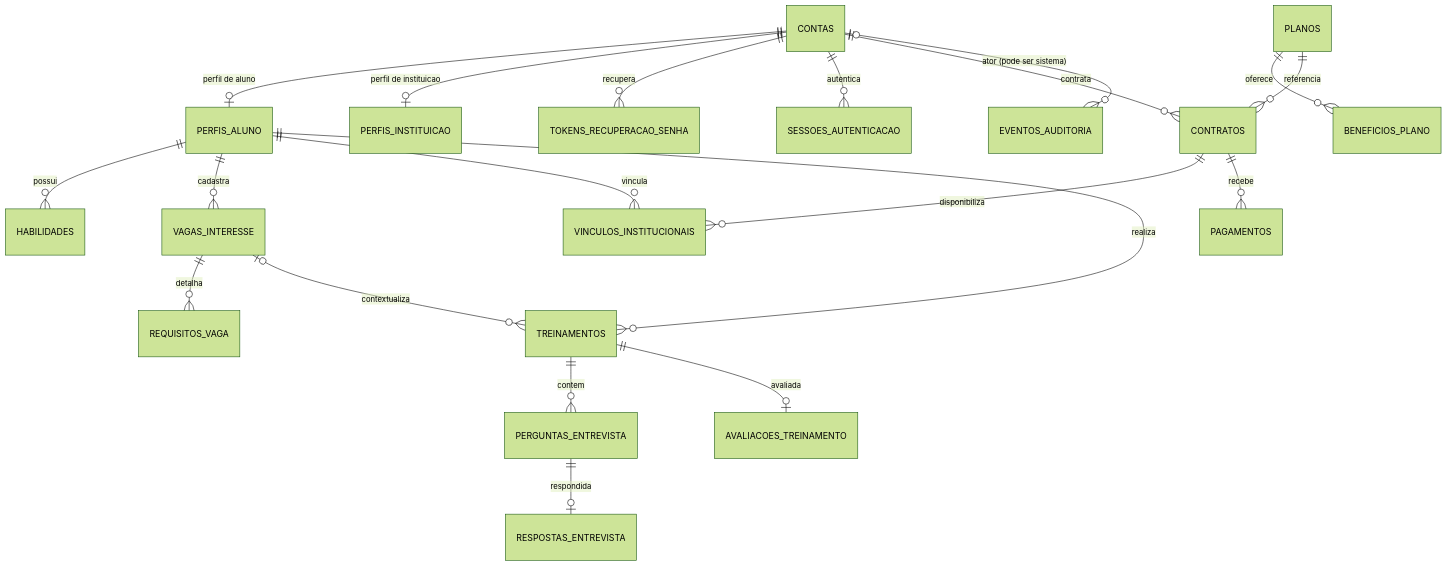
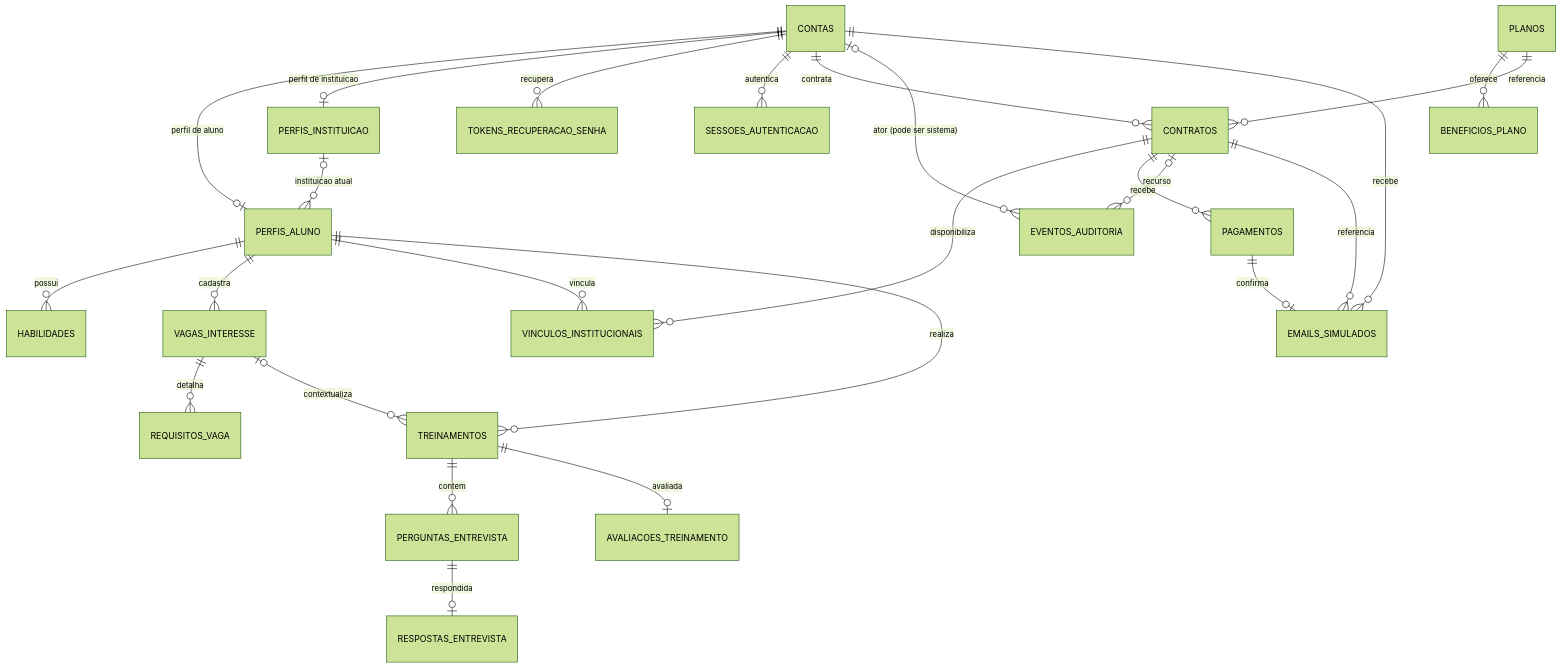
The diagram in etc/plano/BD/Modelo_Relacional_IVIS.md (JoaoLRS/IVIS), drawn with Mermaid (forest theme) before and after one commit. The commit also changed other lines of this file and 77 other files, not shown here.

````diff
--- a/etc/plano/BD/Modelo_Relacional_IVIS.md
+++ b/etc/plano/BD/Modelo_Relacional_IVIS.md
@@ -29,22 +29,27 @@
 ```mermaid
 erDiagram
     CONTAS ||--o| PERFIS_ALUNO : "perfil de aluno"
     CONTAS ||--o| PERFIS_INSTITUICAO : "perfil de instituicao"
+    PERFIS_INSTITUICAO o|--o{ PERFIS_ALUNO : "instituicao atual"
     CONTAS ||--o{ TOKENS_RECUPERACAO_SENHA : recupera
     CONTAS ||--o{ SESSOES_AUTENTICACAO : autentica
     PERFIS_ALUNO ||--o{ HABILIDADES : possui
     PERFIS_ALUNO ||--o{ VAGAS_INTERESSE : cadastra
     VAGAS_INTERESSE ||--o{ REQUISITOS_VAGA : detalha
     PLANOS ||--o{ BENEFICIOS_PLANO : oferece
     CONTAS ||--o{ CONTRATOS : contrata
     PLANOS ||--o{ CONTRATOS : referencia
     CONTRATOS ||--o{ VINCULOS_INSTITUCIONAIS : disponibiliza
     PERFIS_ALUNO ||--o{ VINCULOS_INSTITUCIONAIS : vincula
     CONTRATOS ||--o{ PAGAMENTOS : recebe
     PERFIS_ALUNO ||--o{ TREINAMENTOS : realiza
     VAGAS_INTERESSE o|--o{ TREINAMENTOS : contextualiza
     TREINAMENTOS ||--o{ PERGUNTAS_ENTREVISTA : contem
     PERGUNTAS_ENTREVISTA ||--o| RESPOSTAS_ENTREVISTA : respondida
     TREINAMENTOS ||--o| AVALIACOES_TREINAMENTO : avaliada
     CONTAS o|--o{ EVENTOS_AUDITORIA : "ator (pode ser sistema)"
+    CONTRATOS o|--o{ EVENTOS_AUDITORIA : recurso
+    CONTAS ||--o{ EMAILS_SIMULADOS : recebe
+    CONTRATOS ||--o{ EMAILS_SIMULADOS : referencia
+    PAGAMENTOS ||--o| EMAILS_SIMULADOS : confirma
 ```
````
